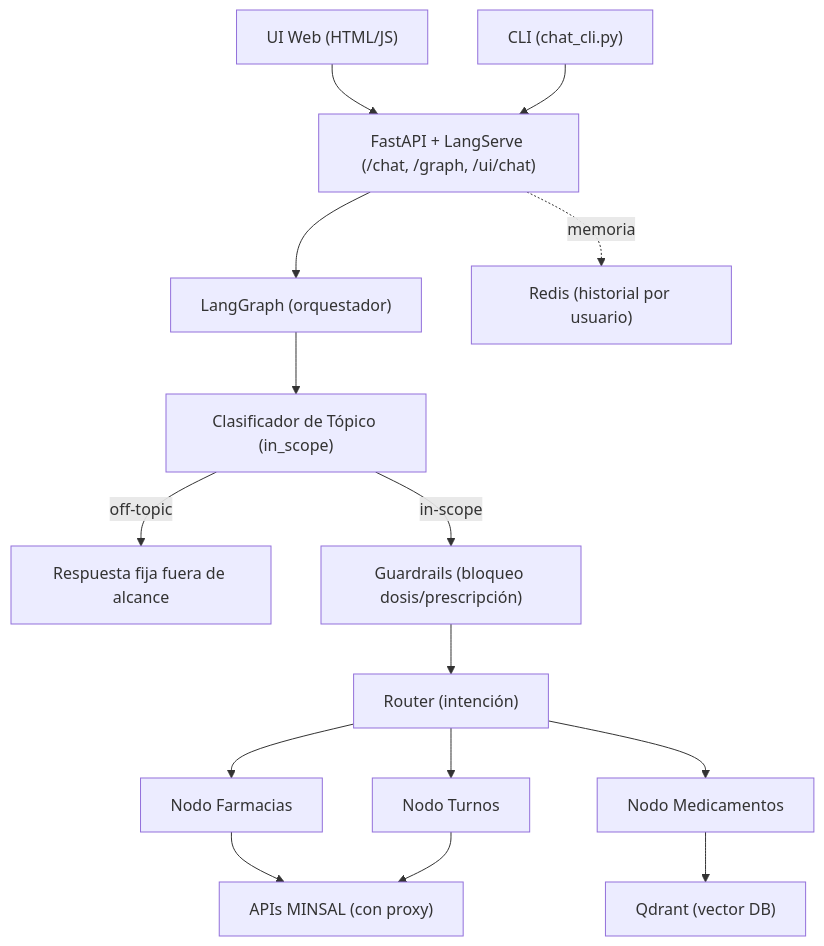
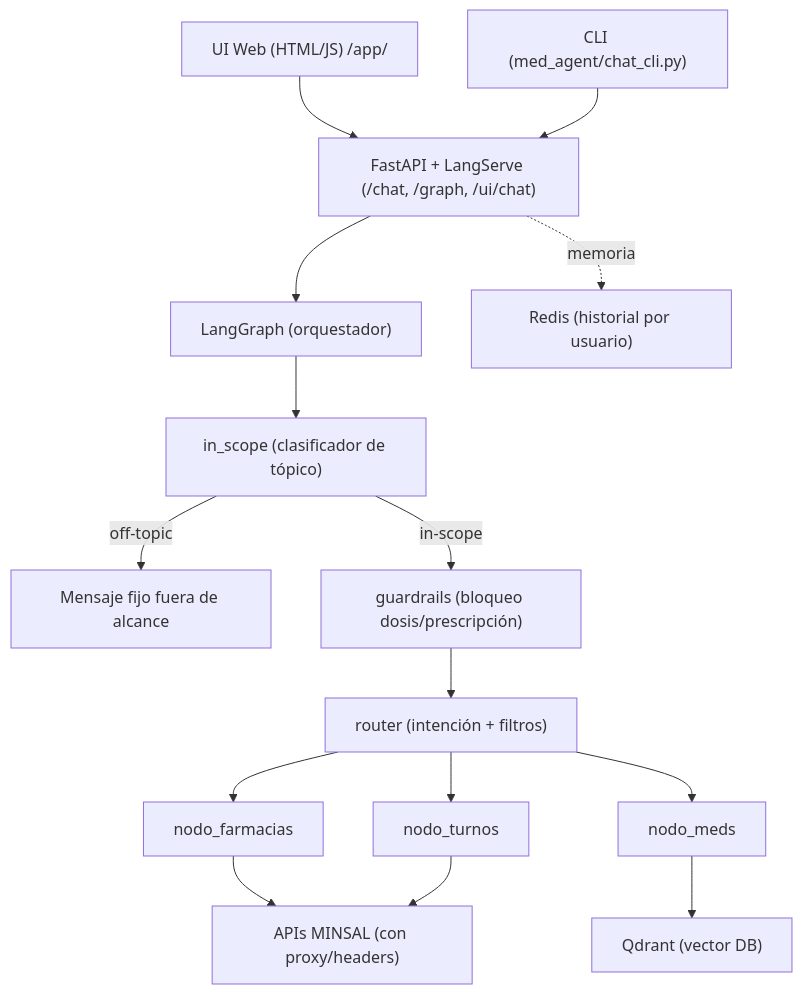
The first of 3 diagrams in README.md (lastra00/medical-assistant), drawn with Mermaid before and after one commit. The commit also changed other lines of this file, not shown here.

````diff
--- a/README.md
+++ b/README.md
@@ -19,17 +21,17 @@
 ```mermaid
 graph TD
-  UI["UI Web (HTML/JS)"] --> API["FastAPI + LangServe (/chat, /graph, /ui/chat)"]
-  CLI["CLI (chat_cli.py)"] --> API
+  UI["UI Web (HTML/JS) /app/"] --> API["FastAPI + LangServe (/chat, /graph, /ui/chat)"]
+  CLI["CLI (med_agent/chat_cli.py)"] --> API
   API --> LG["LangGraph (orquestador)"]
-  LG --> SC["Clasificador de Tópico (in_scope)"]
-  SC -- "off-topic" --> RS["Respuesta fija fuera de alcance"]
-  SC -- "in-scope" --> GR["Guardrails (bloqueo dosis/prescripción)"]
-  GR --> RT["Router (intención)"]
-  RT --> NF["Nodo Farmacias"]
-  RT --> NT["Nodo Turnos"]
-  RT --> NM["Nodo Medicamentos"]
-  NF --> MINSAL["APIs MINSAL (con proxy)"]
+  LG --> SC["in_scope (clasificador de tópico)"]
+  SC -- "off-topic" --> RS["Mensaje fijo fuera de alcance"]
+  SC -- "in-scope" --> GR["guardrails (bloqueo dosis/prescripción)"]
+  GR --> RT["router (intención + filtros)"]
+  RT --> NF["nodo_farmacias"]
+  RT --> NT["nodo_turnos"]
+  RT --> NM["nodo_meds"]
+  NF --> MINSAL["APIs MINSAL (con proxy/headers)"]
   NT --> MINSAL
   NM --> QDRANT["Qdrant (vector DB)"]
   API -.memoria.-> REDIS["Redis (historial por usuario)"]
 ```
````
